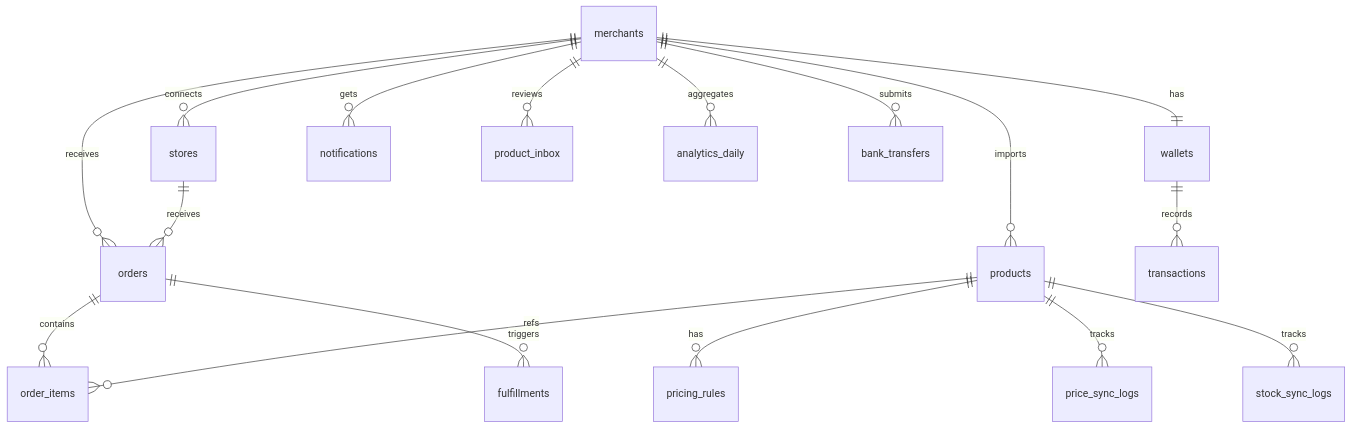
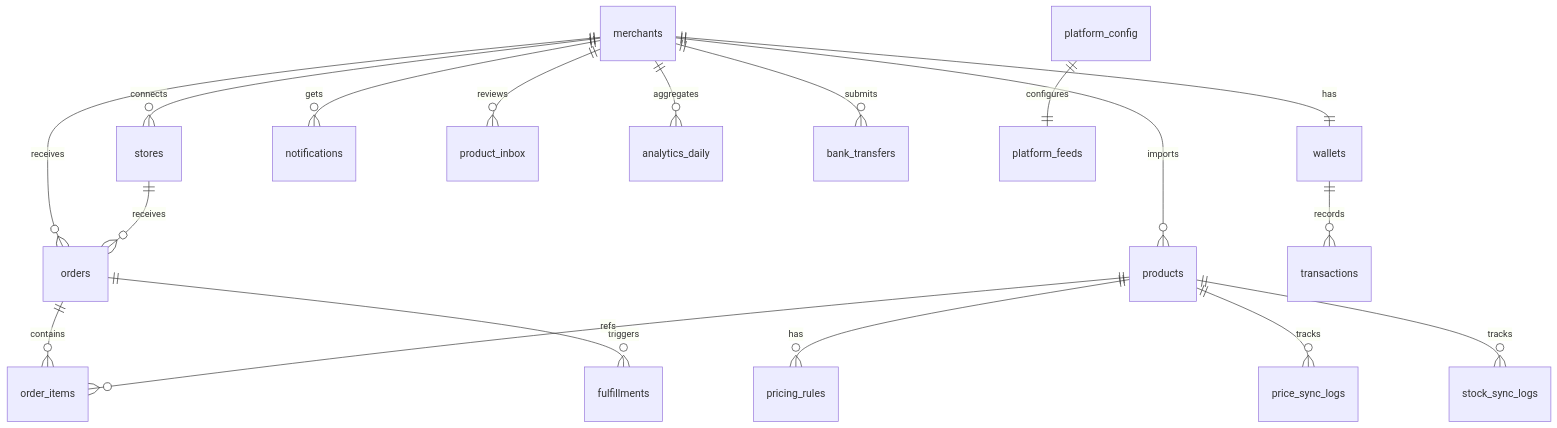
The fifth of 5 diagrams in ARCHITECTURE.md (drjimmy1990/dropshipping), drawn with Mermaid before and after one commit. The commit also changed other lines of this file and 9 other files, not shown here.

````diff
--- a/ARCHITECTURE.md
+++ b/ARCHITECTURE.md
@@ -218,19 +376,20 @@
 ```mermaid
 erDiagram
     merchants ||--|| wallets : "has"
     merchants ||--o{ stores : "connects"
     merchants ||--o{ products : "imports"
     merchants ||--o{ orders : "receives"
     merchants ||--o{ notifications : "gets"
     wallets ||--o{ transactions : "records"
     stores ||--o{ orders : "receives"
     orders ||--o{ order_items : "contains"
     orders ||--o{ fulfillments : "triggers"
     products ||--o{ order_items : "refs"
     products ||--o{ pricing_rules : "has"
     products ||--o{ price_sync_logs : "tracks"
     products ||--o{ stock_sync_logs : "tracks"
     merchants ||--o{ product_inbox : "reviews"
     merchants ||--o{ analytics_daily : "aggregates"
     merchants ||--o{ bank_transfers : "submits"
+    platform_config ||--|| platform_feeds : "configures"
 ```
````
